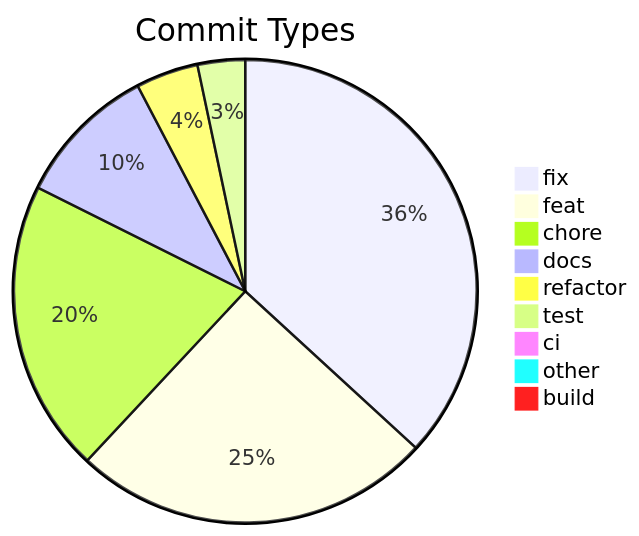
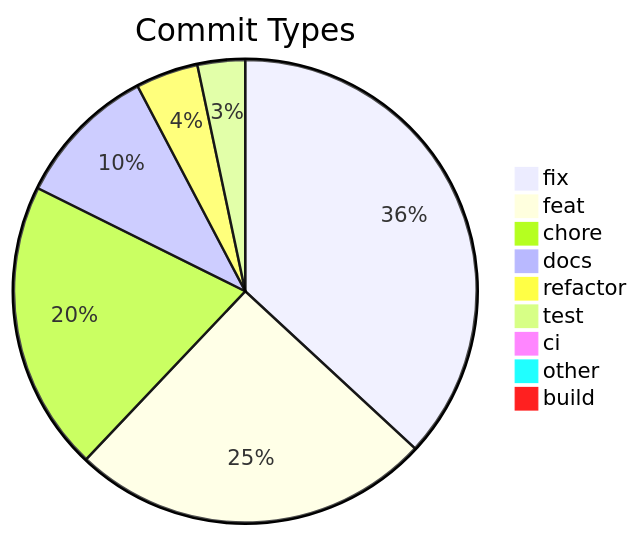
Before and after one commit to svenroth-ai/shipwright-webui: the diagram in .shipwright/compliance/change-history.md, drawn with Mermaid. The commit also changed other lines of this file and 31 other files, not shown here.

````diff
--- a/.shipwright/compliance/change-history.md
+++ b/.shipwright/compliance/change-history.md
@@ -8,12 +8,12 @@
 ```mermaid
 pie title Commit Types
     "fix" : 211
     "feat" : 144
-    "chore" : 117
+    "chore" : 116
     "docs" : 57
     "refactor" : 25
     "test" : 19
     "ci" : 5
     "other" : 4
     "build" : 1
 ```
````
